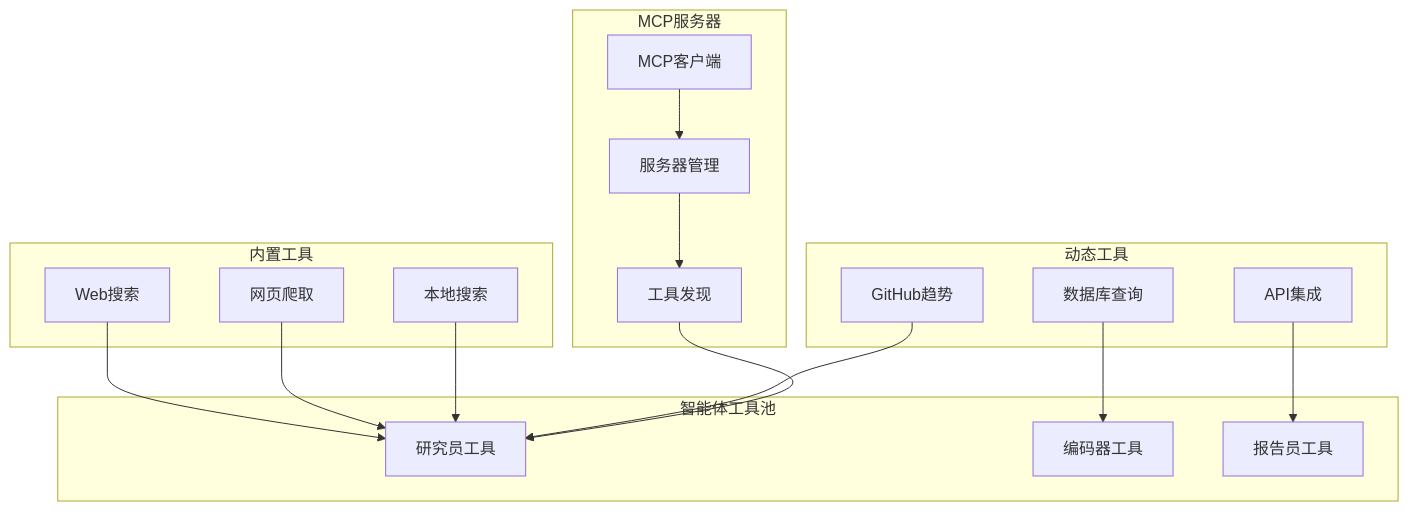
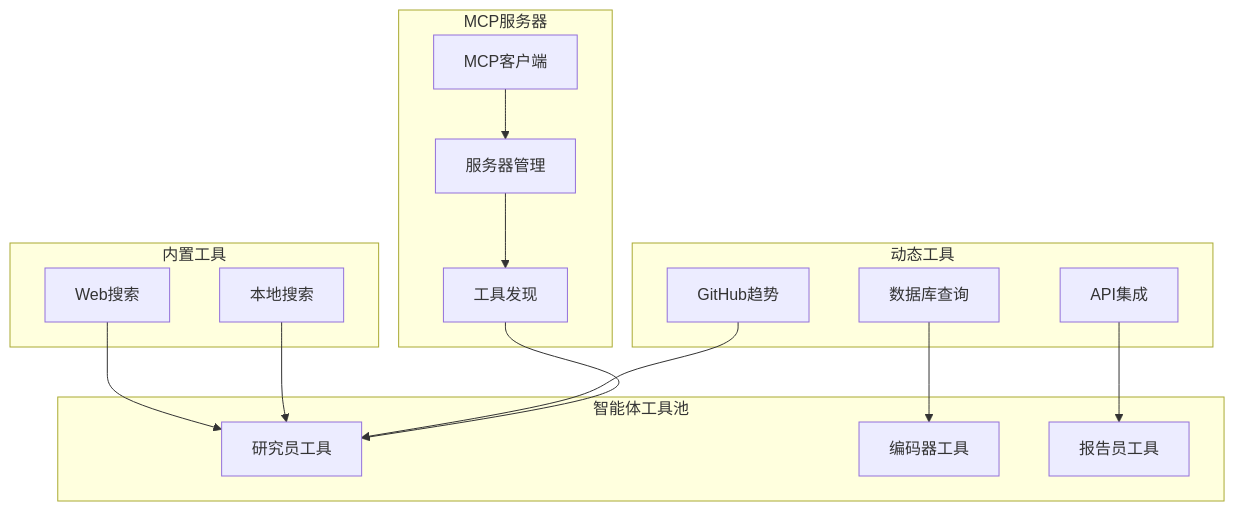
Before and after one commit to zhangler1/deer-flow: the tenth of 10 diagrams in .qoder/repowiki/zh/content/配置指南/智能体配置.md, drawn with Mermaid. The commit also changed other lines of this file and 15 other files, not shown here.

````diff
--- a/.qoder/repowiki/zh/content/配置指南/智能体配置.md
+++ b/.qoder/repowiki/zh/content/配置指南/智能体配置.md
@@ -508,32 +518,30 @@
 ```mermaid
 graph TB
 subgraph "内置工具"
 WebSearch[Web搜索]
-CrawlTool[网页爬取]
 LocalSearch[本地搜索]
 end
 subgraph "动态工具"
 GitHubTrending[GitHub趋势]
 DatabaseQuery[数据库查询]
 APIIntegration[API集成]
 end
 subgraph "MCP服务器"
 MCPClient[MCP客户端]
 ServerManagement[服务器管理]
 ToolDiscovery[工具发现]
 end
 subgraph "智能体工具池"
 ResearcherTools[研究员工具]
 CoderTools[编码器工具]
 ReporterTools[报告员工具]
 end
 WebSearch --> ResearcherTools
-CrawlTool --> ResearcherTools
 LocalSearch --> ResearcherTools
 GitHubTrending --> ResearcherTools
 DatabaseQuery --> CoderTools
 APIIntegration --> ReporterTools
 MCPClient --> ServerManagement
 ServerManagement --> ToolDiscovery
 ToolDiscovery --> ResearcherTools
 ```
````
